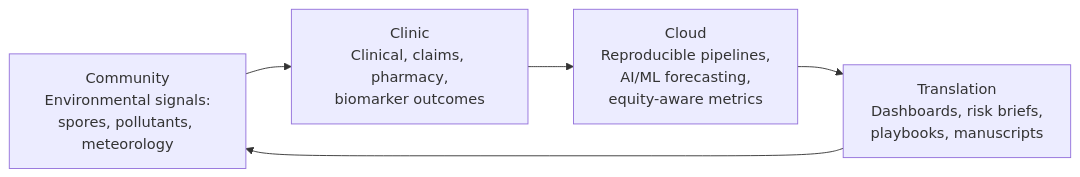
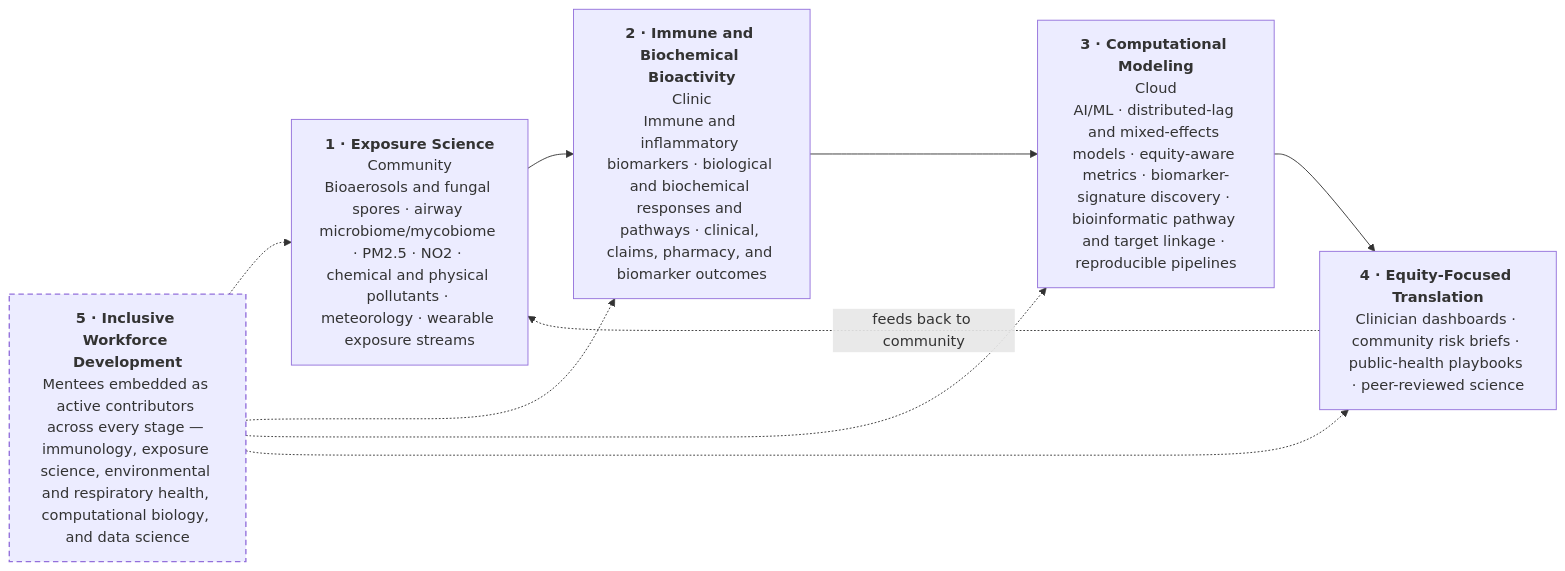
Before and after one commit to riplrt/riplrt-manual-2026: the diagram in chapters/03-scientific-identity.qmd, drawn with Mermaid. The commit also changed other lines of this file, not shown here.

Commit message:
Expand scientific-identity descriptions and flowchart
Clarify and expand the Scientific Identity chapter: rename and broaden section headings (Immune Bioactivity -> Immune and Biochemical Bioactivity; Computational Forecasting -> Computational Modeling) and extend their descriptions to include biochemical responses, biomarker-signature discovery, and bioinformatic pathway/target linkage. Update the Mermaid flowchart to use explicit labelled nodes, add an Inclusive Workforce node with dashed feedback links to all stages, and include a classDef for styling. Minor wording tweaks: soften the ex vivo phrasing, annotate methods as non-exhaustive, and adjust wording around community climate/extreme weather impacts to emphasize equity and context.

````diff
--- a/chapters/03-scientific-identity.qmd
+++ b/chapters/03-scientific-identity.qmd
@@ -27,7 +27,18 @@
 ```{mermaid}
 flowchart LR
-    A[Community<br/>Environmental signals:<br/>spores, pollutants, meteorology] --> B[Clinic<br/>Clinical, claims, pharmacy,<br/>biomarker outcomes]
-    B --> C[Cloud<br/>Reproducible pipelines,<br/>AI/ML forecasting,<br/>equity-aware metrics]
-    C --> D[Translation<br/>Dashboards, risk briefs,<br/>playbooks, manuscripts]
-    D --> A
+    A["<b>1 · Exposure Science</b><br/>Community<br/>Bioaerosols and fungal spores · airway microbiome/mycobiome · PM2.5 · NO2 · chemical and physical pollutants · meteorology · wearable exposure streams"]
+    B["<b>2 · Immune and Biochemical Bioactivity</b><br/>Clinic<br/>Immune and inflammatory biomarkers · biological and biochemical responses and pathways · clinical, claims, pharmacy, and biomarker outcomes"]
+    C["<b>3 · Computational Modeling</b><br/>Cloud<br/>AI/ML · distributed-lag and mixed-effects models · equity-aware metrics · biomarker-signature discovery · bioinformatic pathway and target linkage · reproducible pipelines"]
+    D["<b>4 · Equity-Focused Translation</b><br/>Clinician dashboards · community risk briefs · public-health playbooks · peer-reviewed science"]
+    E["<b>5 · Inclusive Workforce Development</b><br/>Mentees embedded as active contributors across every stage — immunology, exposure science, environmental and respiratory health, computational biology, and data science"]
+
+    A --> B --> C --> D
+    D -.->|"feeds back to community"| A
+    E -.-> A
+    E -.-> B
+    E -.-> C
+    E -.-> D
+
+    classDef cross stroke-dasharray:6 4,stroke-width:1.5px;
+    class E cross;
 ```
````
